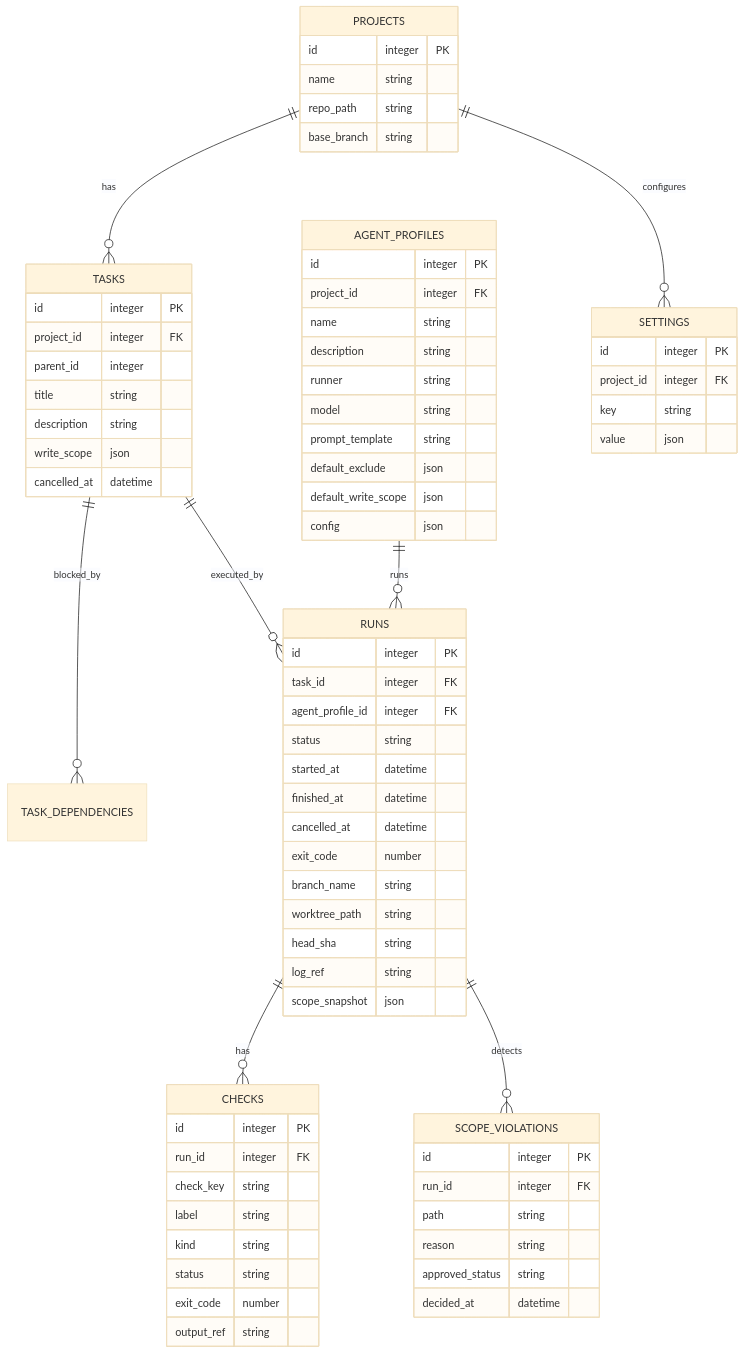
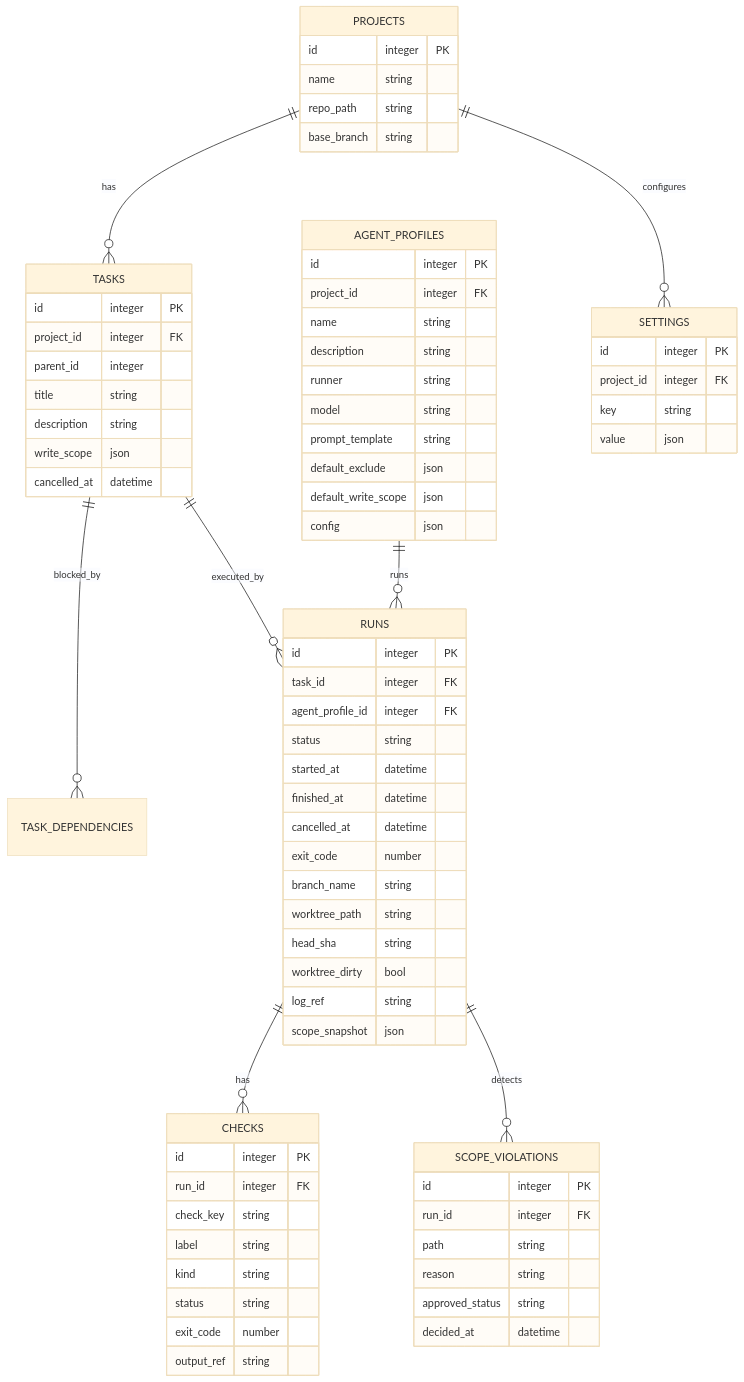
The diagram in docs/03-details/data-model.md (krtw00/AgentMine), drawn with Mermaid (base theme) before and after one commit. The commit also changed other lines of this file and 5 other files, not shown here.

```diff
--- a/docs/03-details/data-model.md
+++ b/docs/03-details/data-model.md
@@ -58,6 +58,7 @@
         branch_name string
         worktree_path string
         head_sha string
+        worktree_dirty bool
         log_ref string
         scope_snapshot json
     }
```
